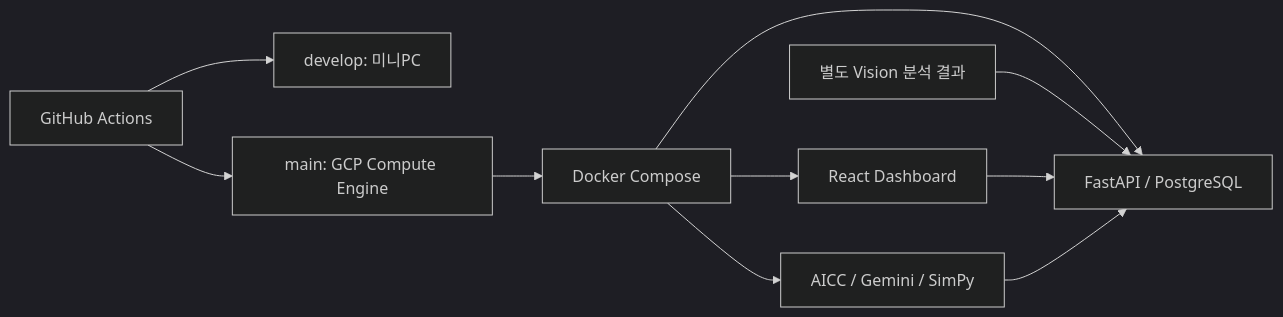
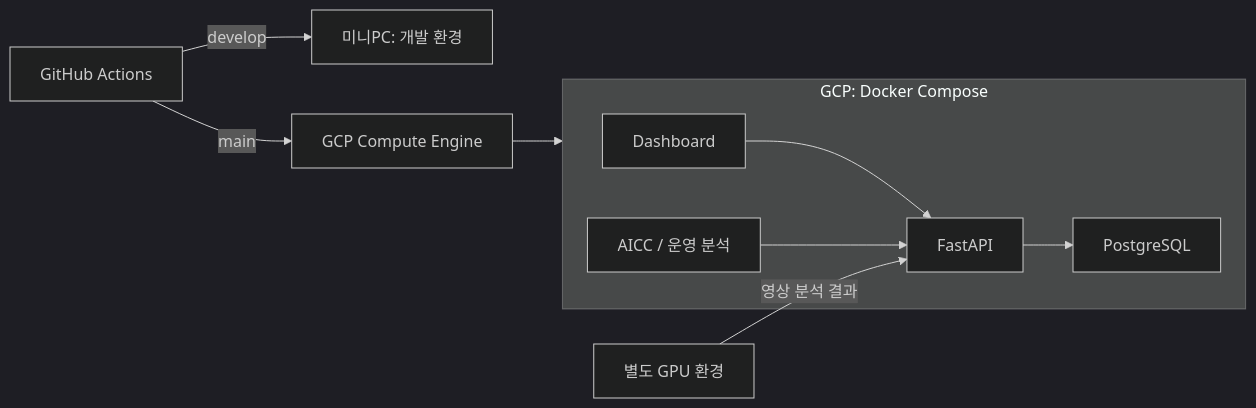
One commit to owlooo/ai-s-eye changed the diagram in README.md. Above: the diagram before and after it, drawn with Mermaid (dark theme). The commit also changed other lines of this file, not shown here.

````diff
--- a/README.md
+++ b/README.md
@@ -35,12 +16,12 @@
 ```mermaid
 flowchart LR
-    Git[GitHub Actions] --> Dev[develop: 미니PC]
-    Git --> Prod[main: GCP Compute Engine]
-    Prod --> Compose[Docker Compose]
-    Compose --> Web[React Dashboard]
-    Compose --> API[FastAPI / PostgreSQL]
-    Compose --> AI[AICC / Gemini / SimPy]
-    Vision[별도 Vision 분석 결과] --> API
-    Web --> API
-    AI --> API
+    Actions[GitHub Actions] -->|develop| Mini[미니PC: 개발 환경]
+    Actions -->|main| GCP[GCP Compute Engine]
+    subgraph Runtime[GCP: Docker Compose]
+        Web[Dashboard] --> API[FastAPI]
+        API --> DB[PostgreSQL]
+        AICC[AICC / 운영 분석] --> API
+    end
+    GCP --> Runtime
+    Vision[별도 GPU 환경] -->|영상 분석 결과| API
 ```
````
